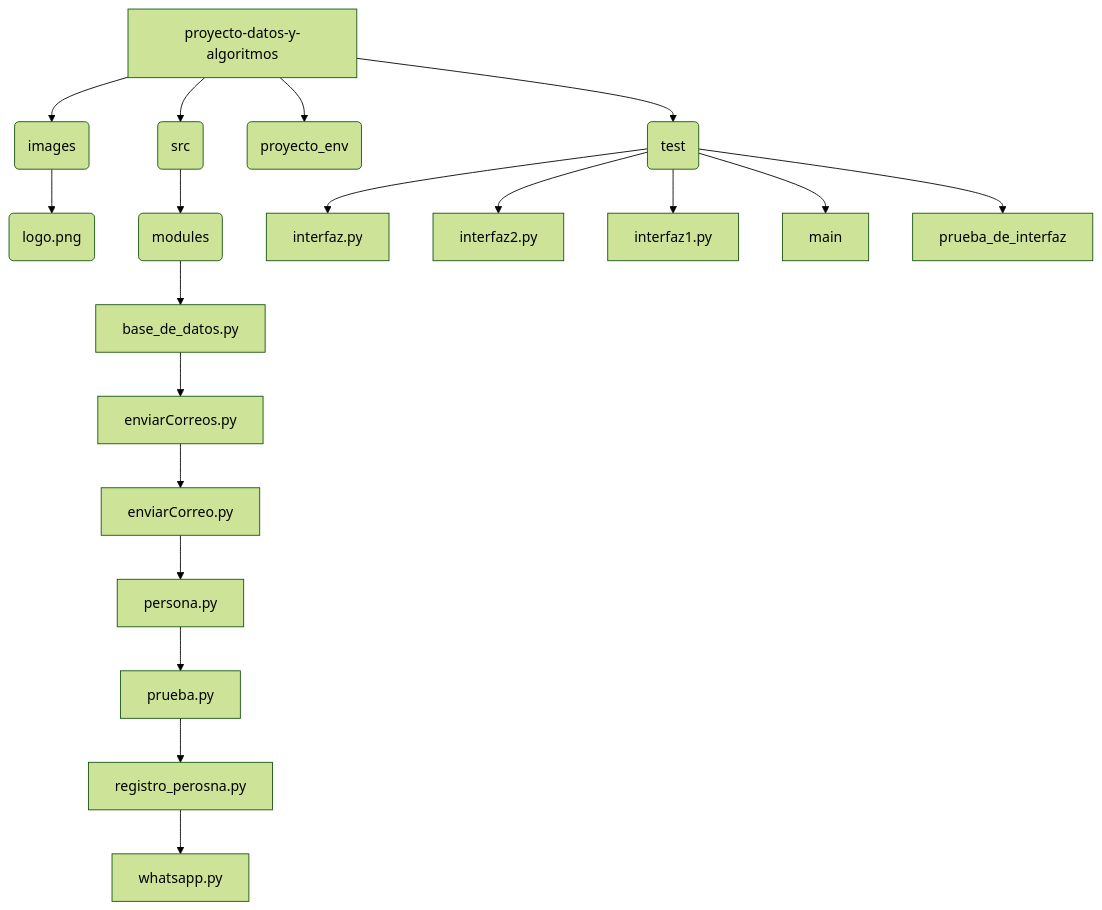
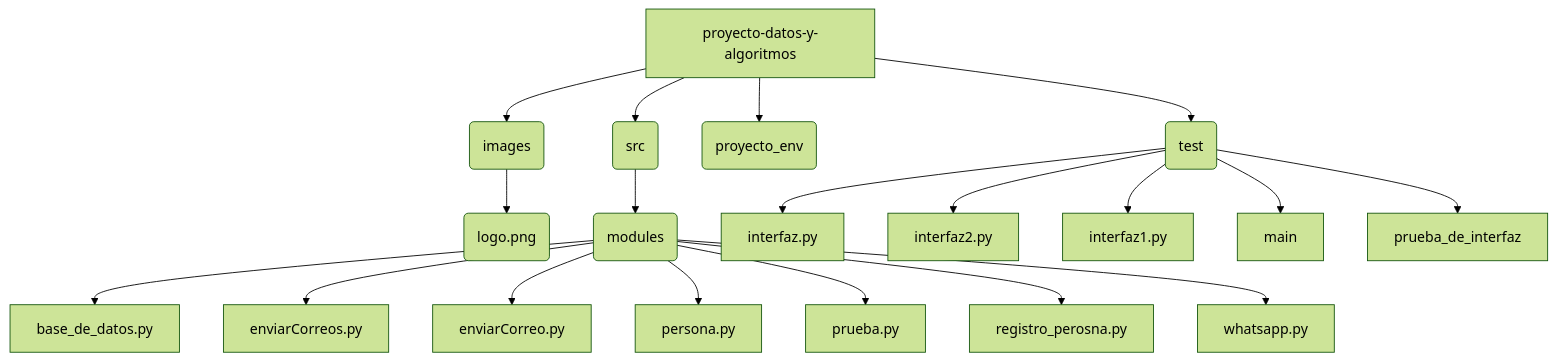
One commit to artur2281/Proyecto-Datos-y-algoritmo changed the diagram in grafico.md. Above: the diagram before and after it, drawn with Mermaid (forest theme). The commit also changed 2506 other files, not shown here.

````diff
--- a/grafico.md
+++ b/grafico.md
@@ -2,25 +2,31 @@
 ```mermaid
 
 
 
 
     flowchart TD
         A[proyecto-datos-y-algoritmos]
         A-->B(images)
         A-->C(src)
         A-->D(proyecto_env)
 
         B-->E(logo.png)
         C-->F(modules)
 
         A-->G(test)
         G-->interfaz.py
         G-->interfaz2.py
         G-->interfaz1.py
         G-->main
         G-->prueba_de_interfaz
        
-       F-->base_de_datos.py-->enviarCorreos.py-->enviarCorreo.py-->persona.py-->prueba.py-->registro_perosna.py-->whatsapp.py
+       F-->base_de_datos.py
+       F-->enviarCorreos.py
+       F-->enviarCorreo.py
+       F-->persona.py
+       F-->prueba.py
+       F-->registro_perosna.py
+       F-->whatsapp.py
        
     
 ```
````
